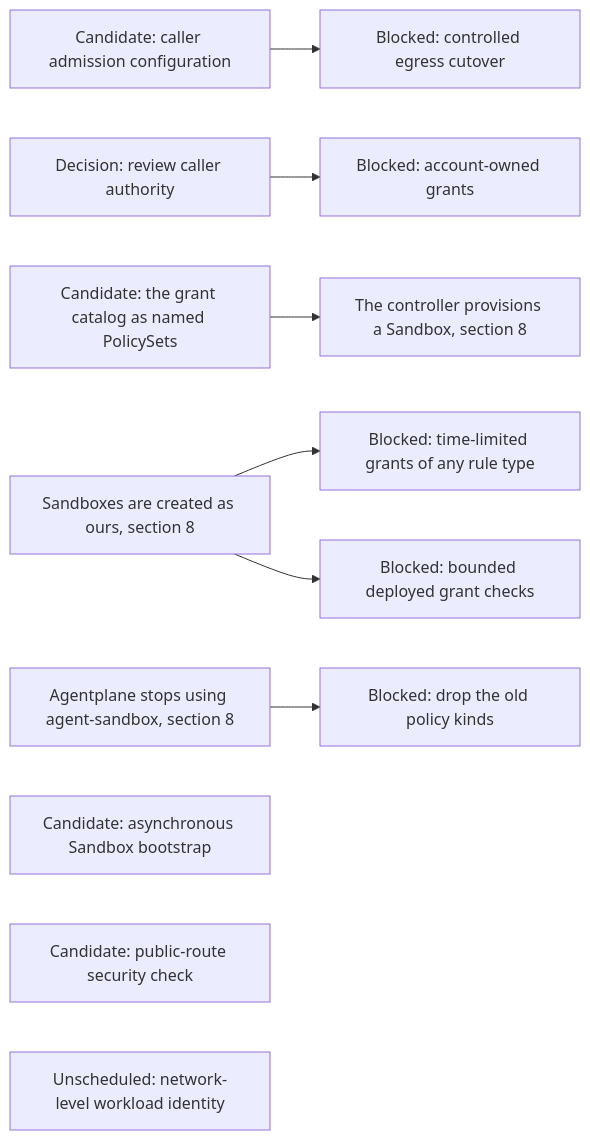
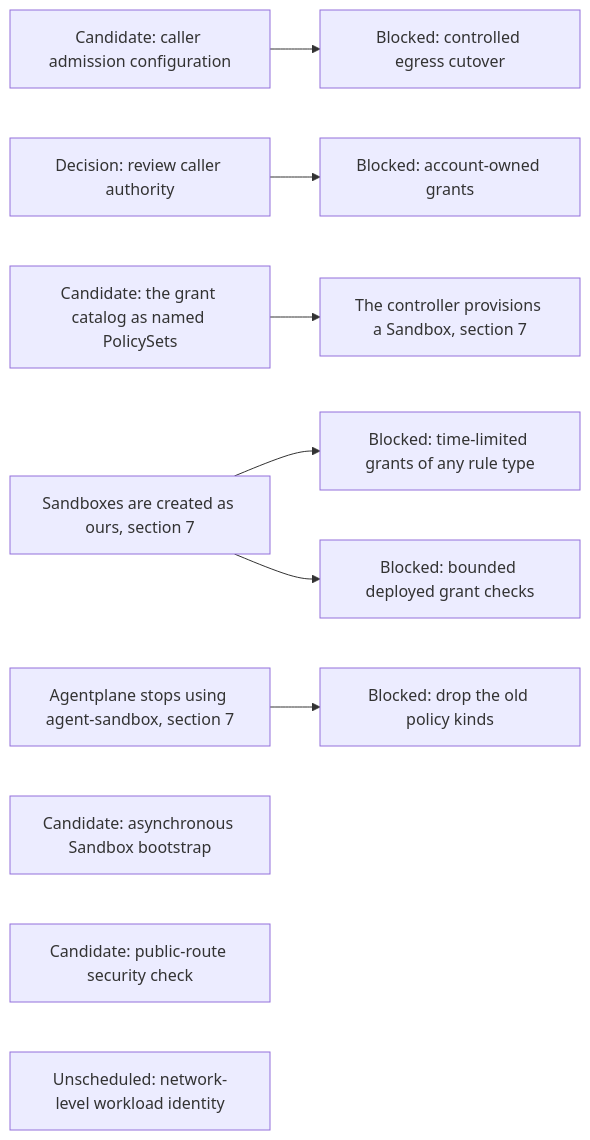
One commit to agentydragon-agent/ducktape changed the eighth of 14 diagrams in agentplane/plans/task_dag.md. Above: the diagram before and after it, drawn with Mermaid. The commit also changed other lines of this file and 9 other files, not shown here.

````diff
--- a/agentplane/plans/task_dag.md
+++ b/agentplane/plans/task_dag.md
@@ -468,14 +467,14 @@
 ```mermaid
 flowchart LR
     PC_EGRESS_CREDENTIALS[Candidate: caller admission configuration] --> PC_EGRESS[Blocked: controlled egress cutover]
     CLAUDE_AI_SA[Decision: review caller authority] --> MANAGED_SA_RBAC[Blocked: account-owned grants]
     KUBERNETES_POLICY_SETS[Candidate: the grant catalog as named PolicySets]
-    KUBERNETES_POLICY_SETS --> SANDBOX_CONTROLLER_PROVISIONING[The controller provisions a Sandbox, section 8]
-    SANDBOX_CREATE_CUTOVER[Sandboxes are created as ours, section 8] --> POLICY_RUNTIME_GRANTS[Blocked: time-limited grants of any rule type]
+    KUBERNETES_POLICY_SETS --> SANDBOX_CONTROLLER_PROVISIONING[The controller provisions a Sandbox, section 7]
+    SANDBOX_CREATE_CUTOVER[Sandboxes are created as ours, section 7] --> POLICY_RUNTIME_GRANTS[Blocked: time-limited grants of any rule type]
     SANDBOX_CREATE_CUTOVER --> SANDBOX_RBAC
-    AGENT_SANDBOX_RETIRE[Agentplane stops using agent-sandbox, section 8] --> OLD_POLICY_KINDS_DROP[Blocked: drop the old policy kinds]
+    AGENT_SANDBOX_RETIRE[Agentplane stops using agent-sandbox, section 7] --> OLD_POLICY_KINDS_DROP[Blocked: drop the old policy kinds]
     BOOTSTRAP_PROGRESS_CONTRACT[Candidate: asynchronous Sandbox bootstrap]
     SANDBOX_RBAC[Blocked: bounded deployed grant checks]
     NOTIFICATION_INGRESS_BOUNDARY[Candidate: public-route security check]
     NETWORK_WORKLOAD_IDENTITY[Unscheduled: network-level workload identity]
 ```
````
